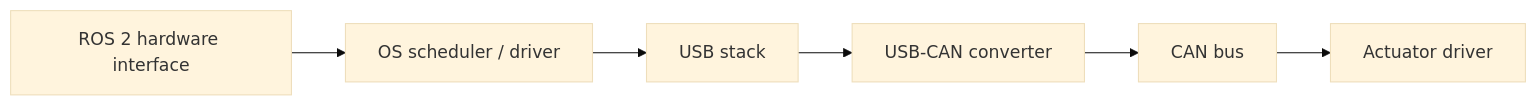
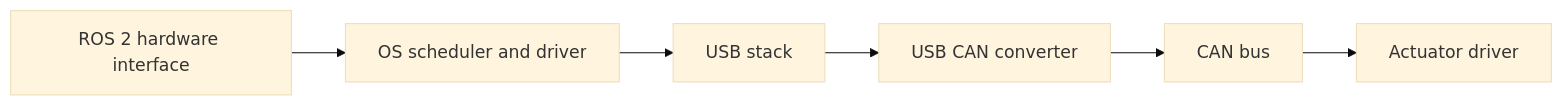
Before and after one commit to dokkev/dokkev.github.io: the sixth of 6 diagrams in _posts/CAN/2024-09-02-roscan2.md, drawn with Mermaid (base theme). The commit also changed other lines of this file, not shown here.

````diff
--- a/_posts/CAN/2024-09-02-roscan2.md
+++ b/_posts/CAN/2024-09-02-roscan2.md
@@ -607,15 +609,15 @@
 ```mermaid
 flowchart LR
-    App[ROS 2 hardware interface]
-    OS[OS scheduler / driver]
-    USB[USB stack]
-    Conv[USB-CAN converter]
-    CAN[CAN bus]
-    Driver[Actuator driver]
+    A["ROS 2 hardware interface"]
+    B["OS scheduler and driver"]
+    C["USB stack"]
+    D["USB CAN converter"]
+    E["CAN bus"]
+    F["Actuator driver"]
 
-    App --> OS
-    OS --> USB
-    USB --> Conv
-    Conv --> CAN
-    CAN --> Driver
+    A --> B
+    B --> C
+    C --> D
+    D --> E
+    E --> F
 ```
````
